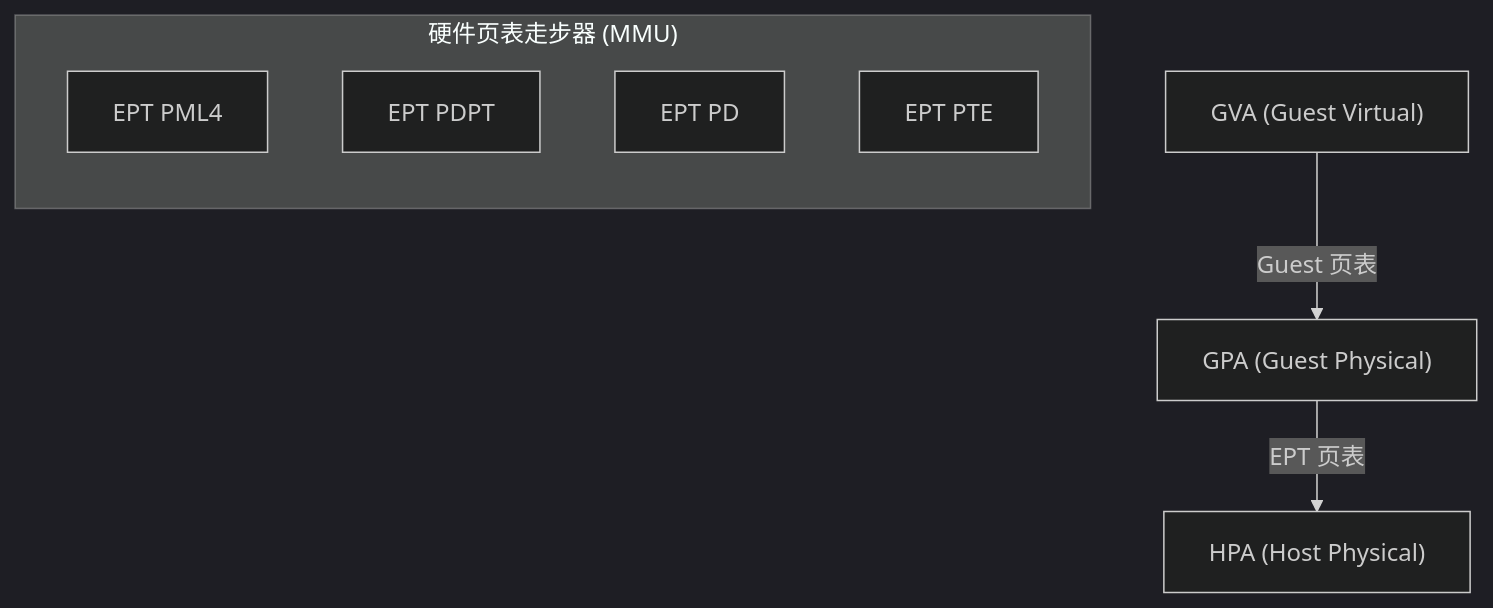
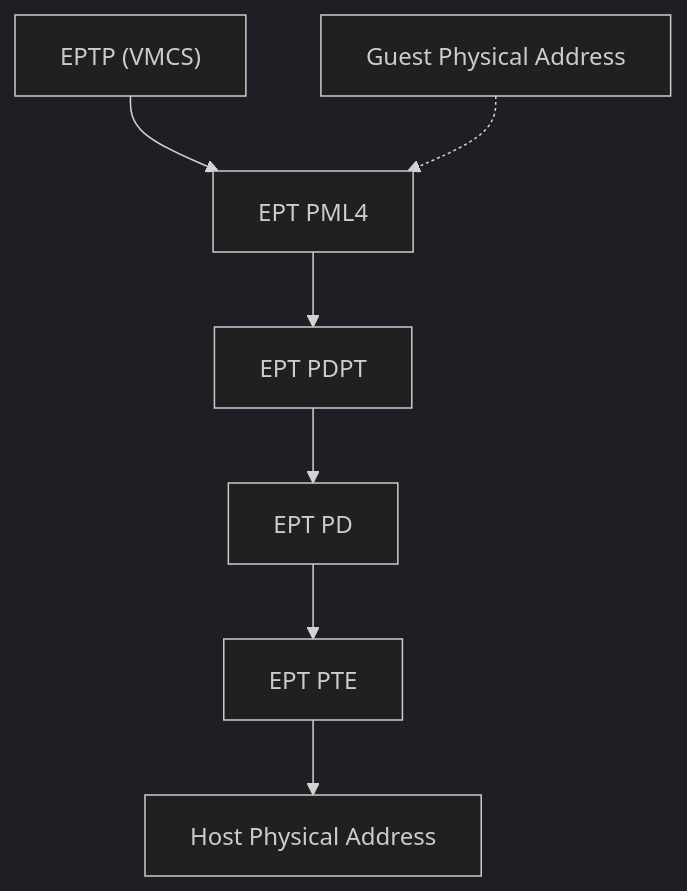
One commit to snowfrs/docs changed the fifth of 14 diagrams in content/docs/Projects/OS_Learn/M7_Virtualization_Cloud.mdx. Above: the diagram before and after it, drawn with Mermaid (dark theme). The commit also changed other lines of this file, not shown here.

````diff
--- a/content/docs/Projects/OS_Learn/M7_Virtualization_Cloud.mdx
+++ b/content/docs/Projects/OS_Learn/M7_Virtualization_Cloud.mdx
@@ -71,13 +208,10 @@
 ```mermaid
 graph TD
-    GVA["GVA (Guest Virtual)"] -- "Guest 页表" --> GPA["GPA (Guest Physical)"]
-    GPA -- "EPT 页表" --> HPA["HPA (Host Physical)"]
+    EPTP["EPTP (VMCS)"] --> PML4["EPT PML4"]
+    PML4 --> PDPT["EPT PDPT"]
+    PDPT --> PD["EPT PD"]
+    PD --> PT["EPT PTE"]
+    PT --> HPA["Host Physical Address"]
     
-    subgraph MMU ["硬件页表走步器 (MMU)"]
-        direction TB
-        L1[EPT PML4]
-        L2[EPT PDPT]
-        L3[EPT PD]
-        L4[EPT PTE]
-    end
+    GPA["Guest Physical Address"] -.-> PML4
 ```
````
